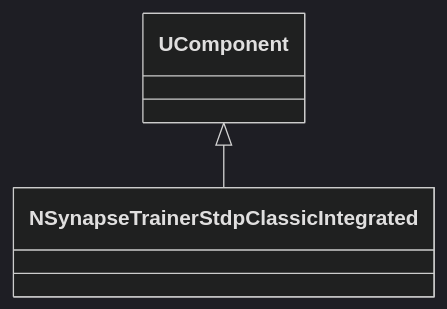
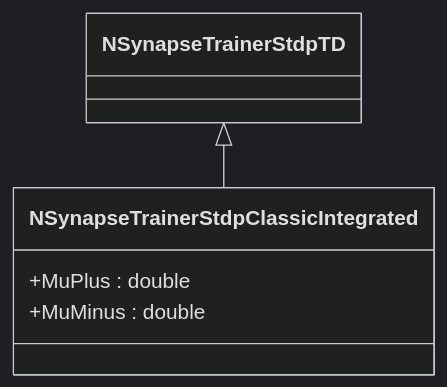
One commit to aicommunity/Nmsdk-PulseLib changed the first of 2 diagrams in Docs/Components/NSynapseTrainerStdpClassicIntegrated.md. Above: the diagram before and after it, drawn with Mermaid (dark theme). The commit also changed other lines of this file and 196 other files, not shown here.

````diff
--- a/Docs/Components/NSynapseTrainerStdpClassicIntegrated.md
+++ b/Docs/Components/NSynapseTrainerStdpClassicIntegrated.md
@@ -17,4 +17,8 @@
 ```mermaid
 classDiagram
-    UComponent <|-- NSynapseTrainerStdpClassicIntegrated
+    NSynapseTrainerStdpTD <|-- NSynapseTrainerStdpClassicIntegrated
+    class NSynapseTrainerStdpClassicIntegrated {
+        +MuPlus : double
+        +MuMinus : double
+    }
 ```
````
